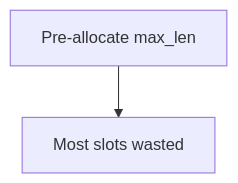
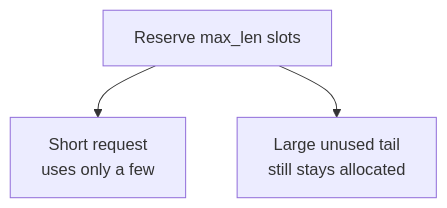
Before and after one commit to danilop/micro-gpt-and-beyond: the diagram in walk-the-code/diagrams/paged_contiguous.mmd, drawn with Mermaid. The commit also changed 45 other files, not shown here.

```diff
--- a/walk-the-code/diagrams/paged_contiguous.mmd
+++ b/walk-the-code/diagrams/paged_contiguous.mmd
@@ -1,2 +1,6 @@
 graph TD
-    alloc_c[Pre-allocate max_len] --> waste[Most slots wasted]
+    alloc_c[Reserve max_len slots]
+    used[Short request<br/>uses only a few]
+    waste[Large unused tail<br/>still stays allocated]
+    alloc_c --> used
+    alloc_c --> waste
```
